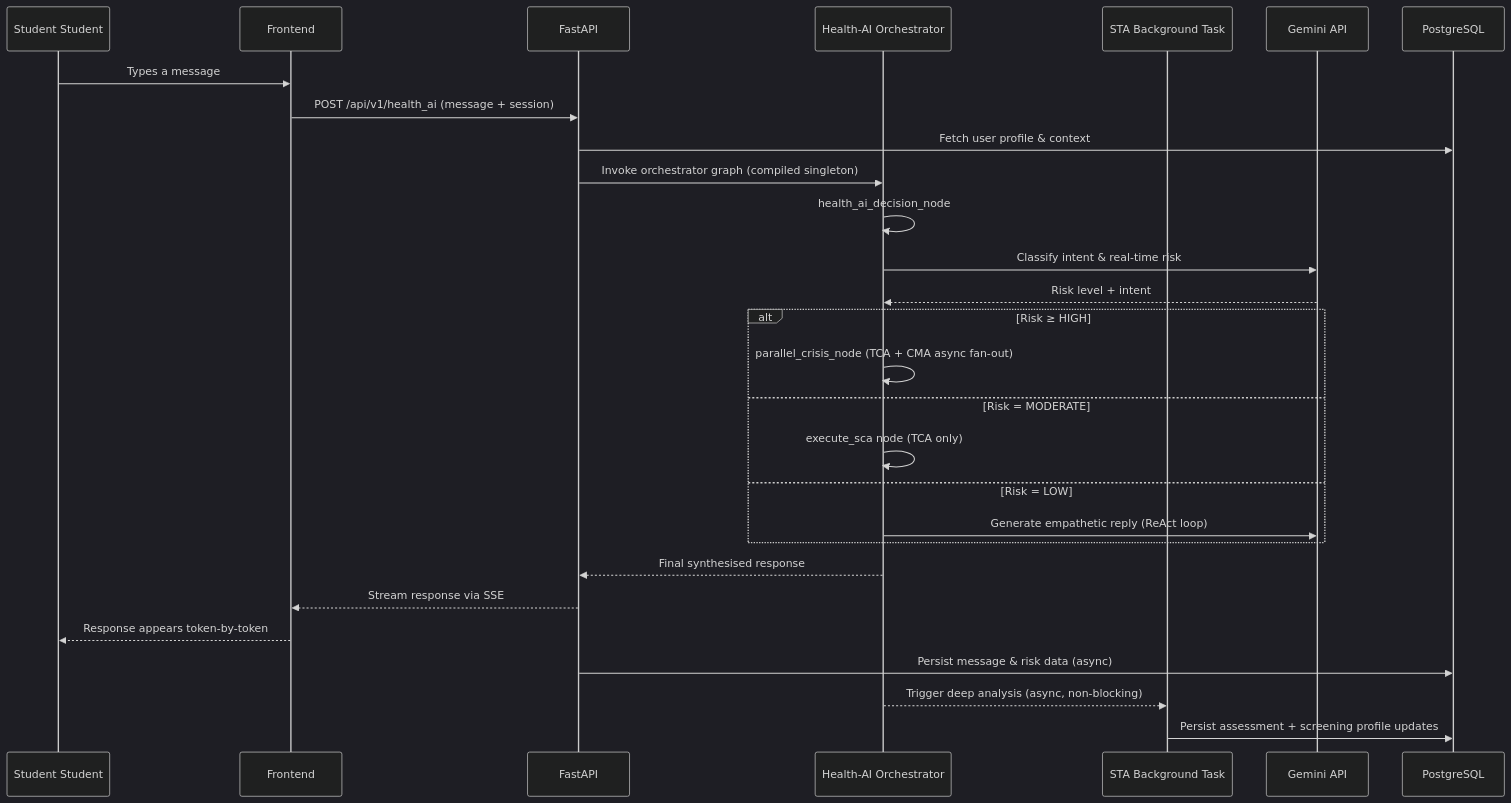
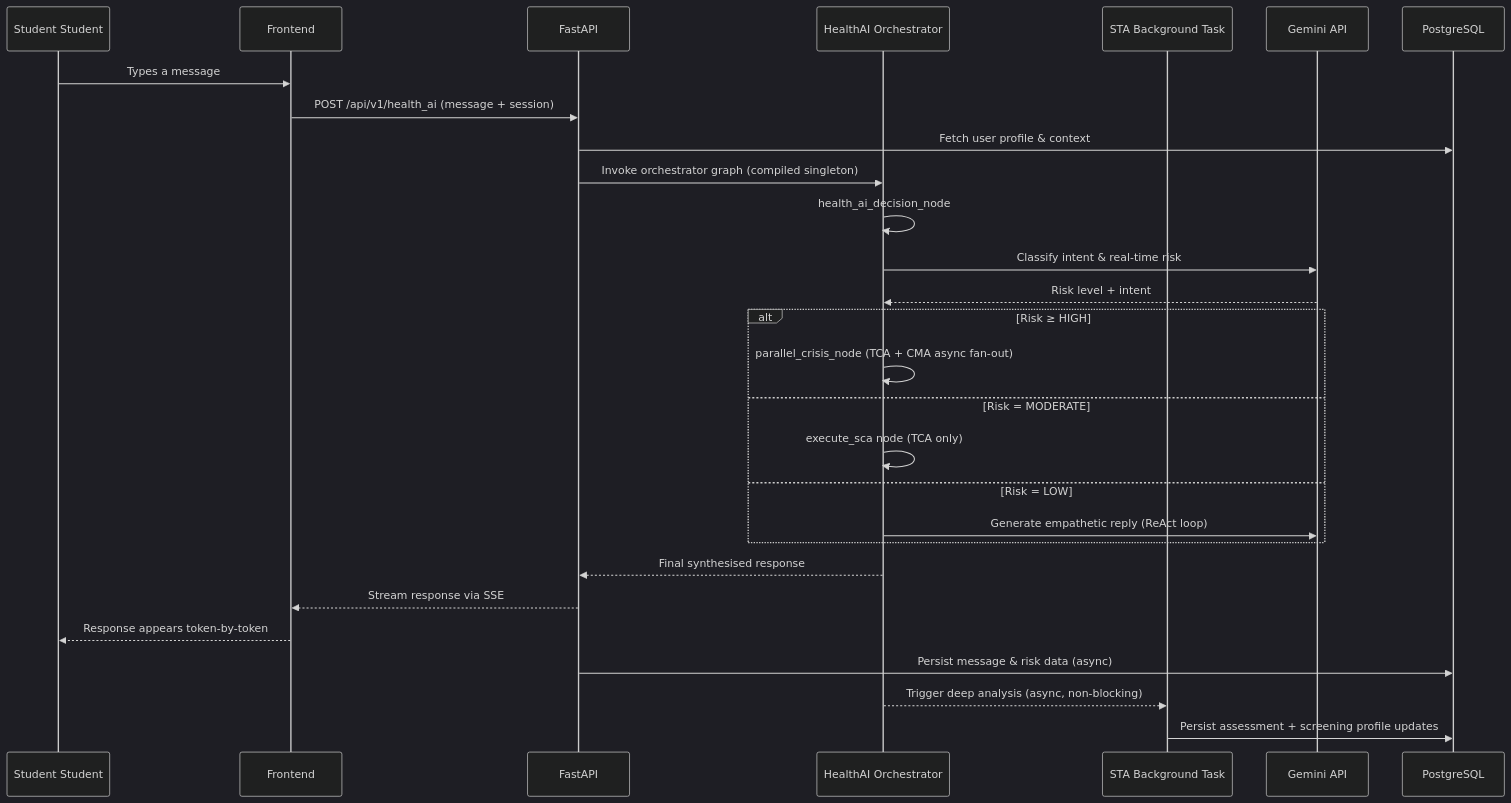
Before and after one commit to lombeytjhtt96-glitch/Health-AICare: the second of 2 diagrams in docs-site/docs/architecture/system-overview.md, drawn with Mermaid (dark theme). The commit also changed other lines of this file and 255 other files, not shown here.

````diff
--- a/docs-site/docs/architecture/system-overview.md
+++ b/docs-site/docs/architecture/system-overview.md
@@ -106,31 +106,31 @@
 ```mermaid
 sequenceDiagram
  participant S as Student Student
  participant FE as Frontend
  participant API as FastAPI
- participant HEALTH_AI as Health-AI Orchestrator
+ participant HEALTH_AI as HealthAI Orchestrator
  participant STA as STA Background Task
  participant GEM as Gemini API
  participant DB as PostgreSQL
 
  S->>FE: Types a message
  FE->>API: POST /api/v1/health_ai (message + session)
  API->>DB: Fetch user profile & context
  API->>HEALTH_AI: Invoke orchestrator graph (compiled singleton)
  HEALTH_AI->>HEALTH_AI: health_ai_decision_node
  HEALTH_AI->>GEM: Classify intent & real-time risk
  GEM-->>HEALTH_AI: Risk level + intent
  alt Risk ≥ HIGH
  HEALTH_AI->>HEALTH_AI: parallel_crisis_node (TCA + CMA async fan-out)
  else Risk = MODERATE
  HEALTH_AI->>HEALTH_AI: execute_sca node (TCA only)
  else Risk = LOW
  HEALTH_AI->>GEM: Generate empathetic reply (ReAct loop)
  end
  HEALTH_AI-->>API: Final synthesised response
  API-->>FE: Stream response via SSE
  FE-->>S: Response appears token-by-token
  API->>DB: Persist message & risk data (async)
  HEALTH_AI-->>STA: Trigger deep analysis (async, non-blocking)
  STA->>DB: Persist assessment + screening profile updates
 ```
````
